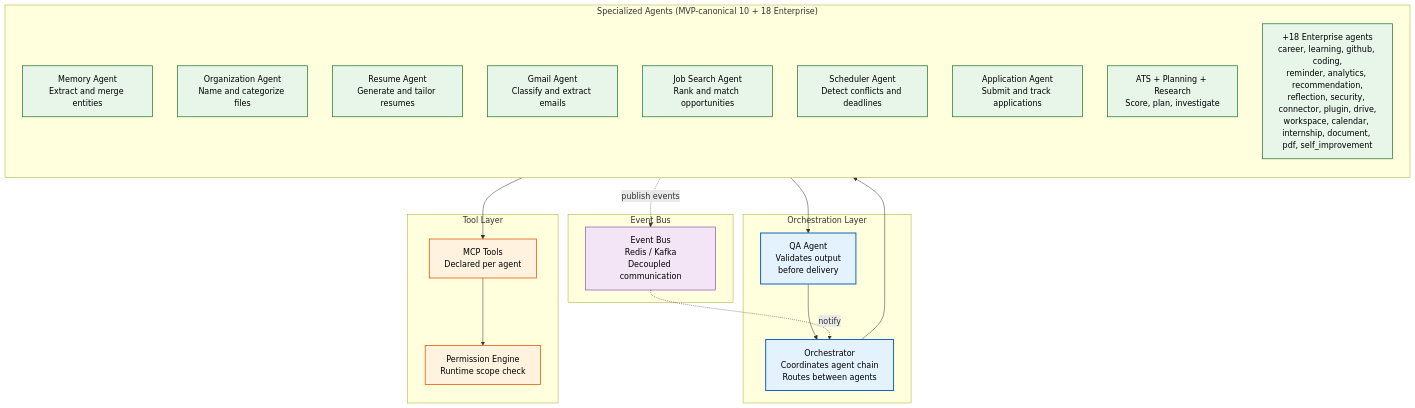
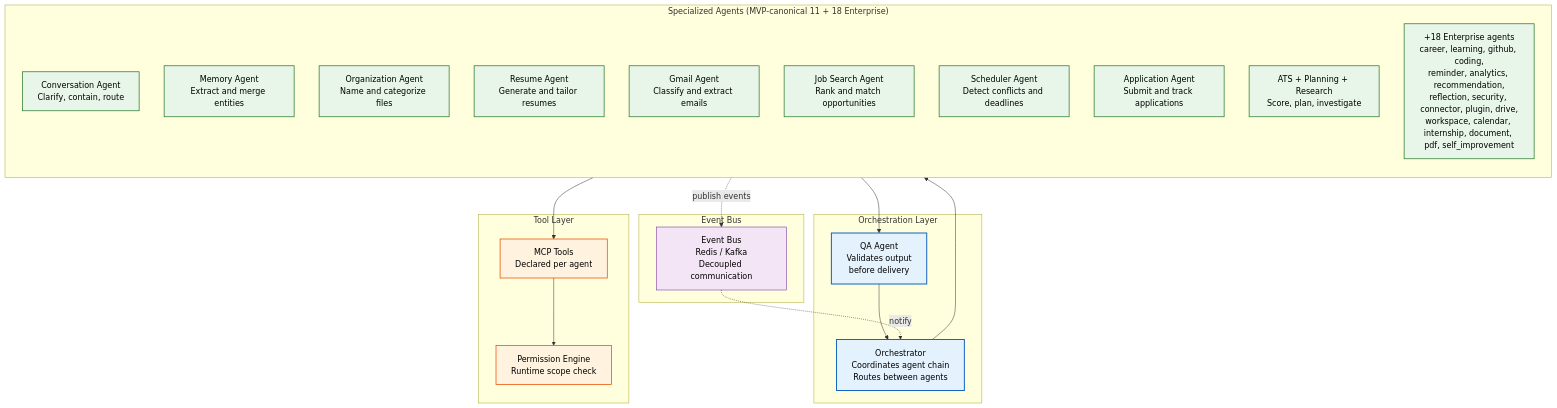
The first of 2 diagrams in docs/ai/AI-Agents.md (Driftloom/Vaeloom), drawn with Mermaid before and after one commit. The commit also changed other lines of this file and 7 other files, not shown here.

First line of the commit message:
fix(orchestrator): include conversation in MVP canonical scope

````diff
--- a/docs/ai/AI-Agents.md
+++ b/docs/ai/AI-Agents.md
@@ -31,48 +32,49 @@
 ```mermaid
 graph TD
  classDef orchestrator fill:#e3f2fd,stroke:#1565c0,color:#000,stroke-width:2px
  classDef agent fill:#e8f5e9,stroke:#2e7d32,color:#000,stroke-width:1.5px
  classDef infra fill:#fff3e0,stroke:#e65100,color:#000,stroke-width:1.5px
  classDef event fill:#f3e5f5,stroke:#6a1b9a,color:#000,stroke-width:1px
 
  subgraph Orchestration["Orchestration Layer"]
  ORCH["Orchestrator<br/>Coordinates agent chain<br/>Routes between agents"]
  QA["QA Agent<br/>Validates output<br/>before delivery"]
  end
 
-  subgraph Agents["Specialized Agents (MVP-canonical 10 + 18 Enterprise)"]
+  subgraph Agents["Specialized Agents (MVP-canonical 11 + 18 Enterprise)"]
   direction TB
+  A0["Conversation Agent<br/>Clarify, contain, route"]
   A1["Memory Agent<br/>Extract and merge entities"]
   A2["Organization Agent<br/>Name and categorize files"]
   A3["Resume Agent<br/>Generate and tailor resumes"]
   A4["Gmail Agent<br/>Classify and extract emails"]
   A5["Job Search Agent<br/>Rank and match opportunities"]
   A6["Scheduler Agent<br/>Detect conflicts and deadlines"]
   A7["Application Agent<br/>Submit and track applications"]
   A8["ATS + Planning + Research<br/>Score, plan, investigate"]
   AX["+18 Enterprise agents<br/>career, learning, github, coding,<br/>reminder, analytics, recommendation,<br/>reflection, security, connector, plugin, drive,<br/>workspace, calendar, internship, document, pdf, self_improvement"]
   end
 
  subgraph Tools["Tool Layer"]
  MCP["MCP Tools<br/>Declared per agent"]
  PERM["Permission Engine<br/>Runtime scope check"]
  end
 
  subgraph Events["Event Bus"]
  EB["Event Bus<br/>Redis / Kafka\nDecoupled communication"]
  end
 
  ORCH--> Agents
  Agents--> QA
  QA--> ORCH
  Agents--> MCP
  MCP--> PERM
  Agents -.->|publish events| EB
  EB -.->|notify| ORCH
 
   class ORCH,QA orchestrator
-  class A1,A2,A3,A4,A5,A6,A7,A8,AX agent
+  class A0,A1,A2,A3,A4,A5,A6,A7,A8,AX agent
  class MCP,PERM infra
  class EB event
 
 ```
````
